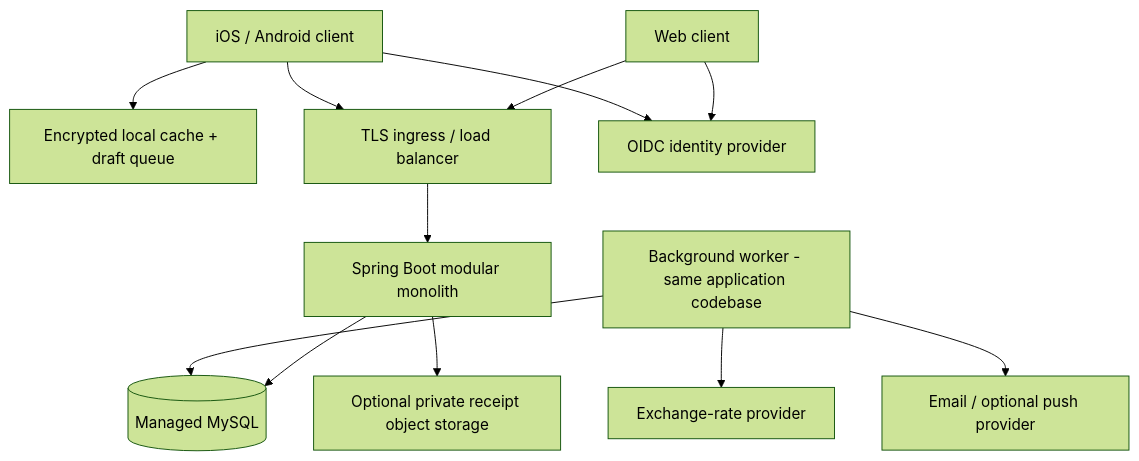
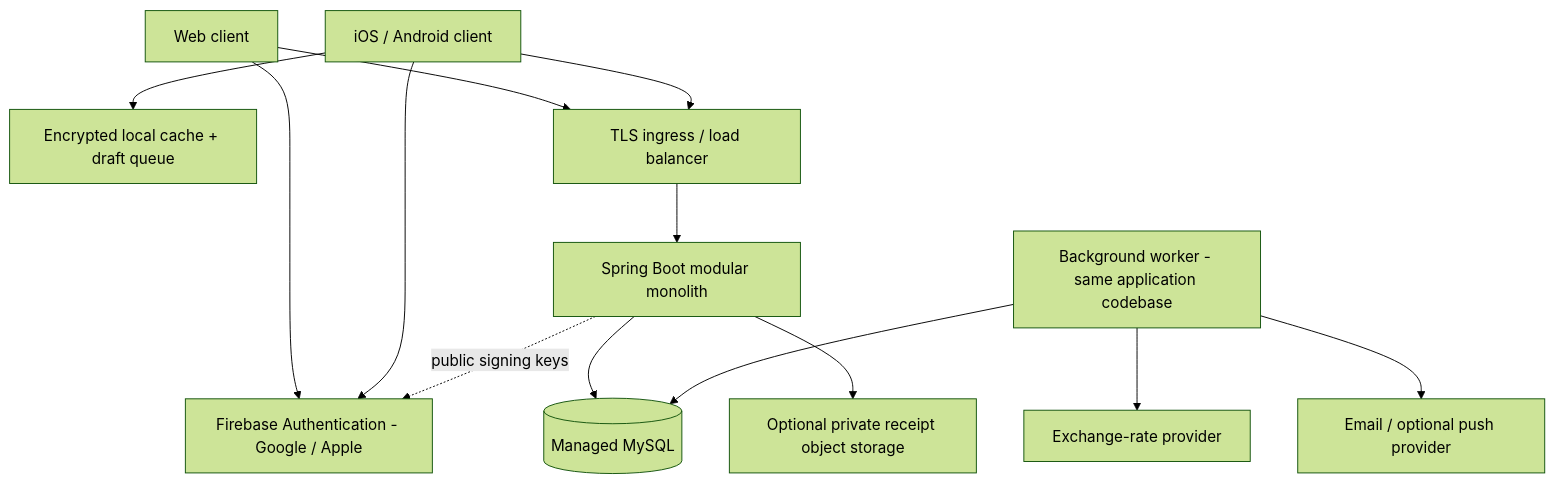
Before and after one commit to Bayvao/money-split: the diagram in docs/design.md, drawn with Mermaid (forest theme). The commit also changed other lines of this file and 23 other files, not shown here.

Commit message:
feat(security): validate Firebase identity tokens

````diff
--- a/docs/design.md
+++ b/docs/design.md
@@ -68,25 +70,26 @@
 ```mermaid
 flowchart TB
     Web["Web client"]
     Mobile["iOS / Android client"]
     Local["Encrypted local cache + draft queue"]
     Edge["TLS ingress / load balancer"]
     API["Spring Boot modular monolith"]
     DB[("Managed MySQL")]
     Worker["Background worker - same application codebase"]
-    Identity["OIDC identity provider"]
+    Identity["Firebase Authentication - Google / Apple"]
     FX["Exchange-rate provider"]
     Notify["Email / optional push provider"]
     Objects["Optional private receipt object storage"]
     Web --> Edge
     Mobile --> Local
     Mobile --> Edge
     Edge --> API
     Web --> Identity
     Mobile --> Identity
+    API -. "public signing keys" .-> Identity
     API --> DB
     Worker --> DB
     Worker --> FX
     Worker --> Notify
     API --> Objects
 ```
````
